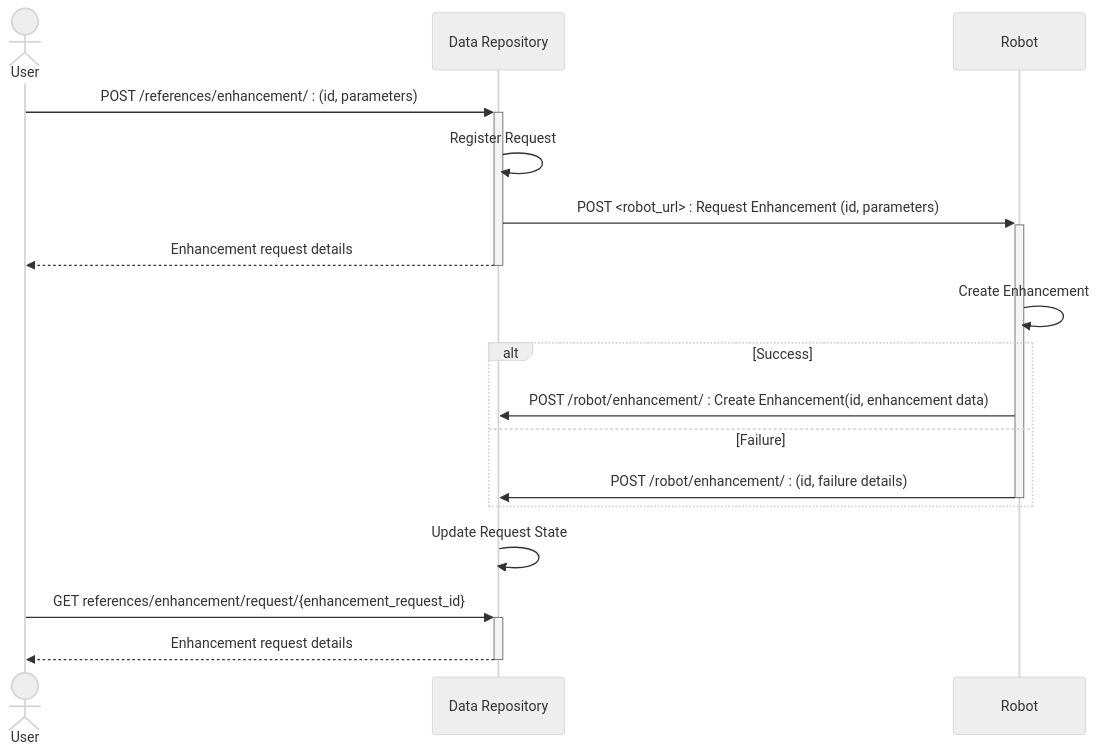
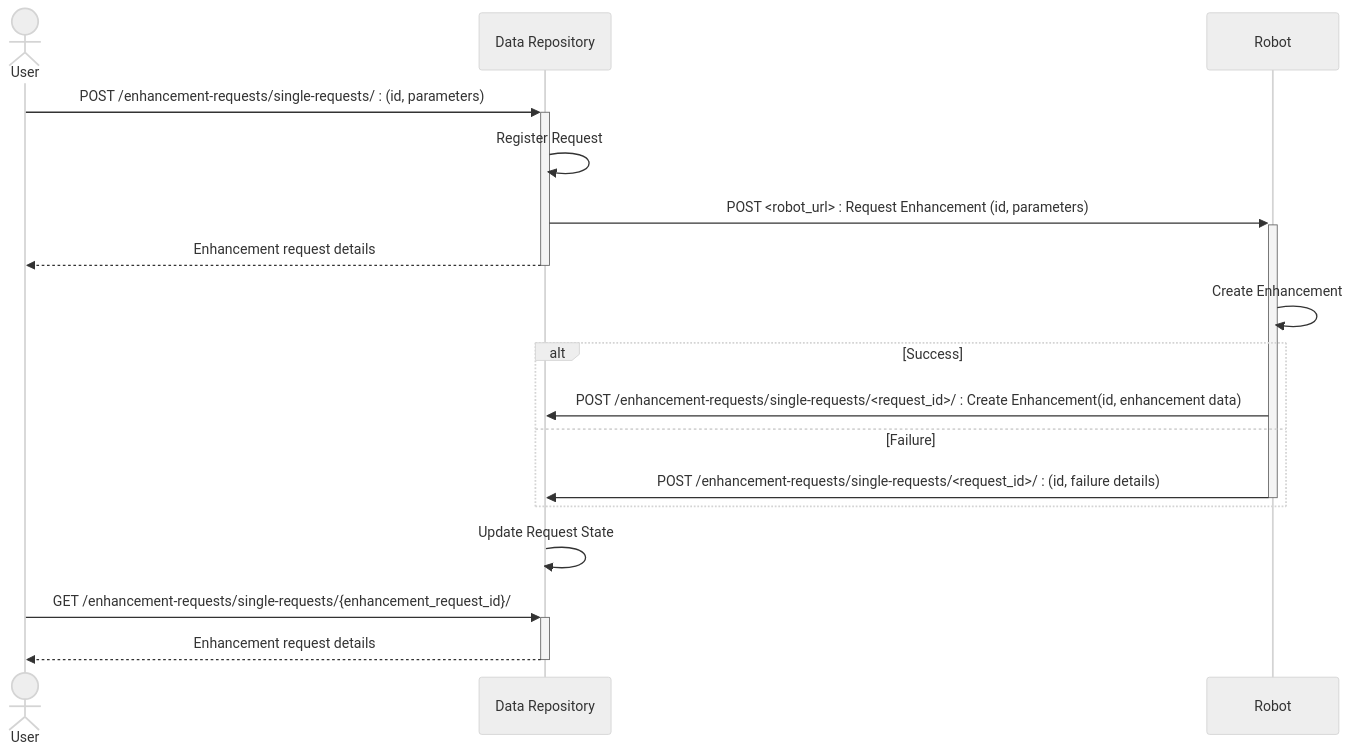
One commit to destiny-evidence/destiny-repository changed the diagram in docs/procedures/requesting-single-enhancements.rst. Above: the diagram before and after it, drawn with Mermaid (neutral theme). The commit also changed 4 other files, not shown here.

```diff
--- a/docs/procedures/requesting-single-enhancements.rst
+++ b/docs/procedures/requesting-single-enhancements.rst
@@ -10,19 +10,19 @@
 .. mermaid::
 
     sequenceDiagram
         actor User
         participant Data Repository
         participant Robot
-        User->>+Data Repository: POST /references/enhancement/ : (id, parameters)
+        User->>+Data Repository: POST /enhancement-requests/single-requests/ : (id, parameters)
         Data Repository->>Data Repository : Register Request
         Data Repository->>+Robot: POST <robot_url> : Request Enhancement (id, parameters)
         Data Repository-->>-User: Enhancement request details
         Robot->>Robot : Create Enhancement
         alt Success
-            Robot->>Data Repository: POST /robot/enhancement/ : Create Enhancement(id, enhancement data)
+            Robot->>Data Repository: POST /enhancement-requests/single-requests/<request_id>/ : Create Enhancement(id, enhancement data)
         else Failure
-            Robot->>-Data Repository: POST /robot/enhancement/ : (id, failure details)
+            Robot->>-Data Repository: POST /enhancement-requests/single-requests/<request_id>/ : (id, failure details)
         end
         Data Repository->>Data Repository : Update Request State
-        User->>+Data Repository: GET references/enhancement/request/{enhancement_request_id}
+        User->>+Data Repository: GET /enhancement-requests/single-requests/{enhancement_request_id}/
         Data Repository-->>-User: Enhancement request details
```
